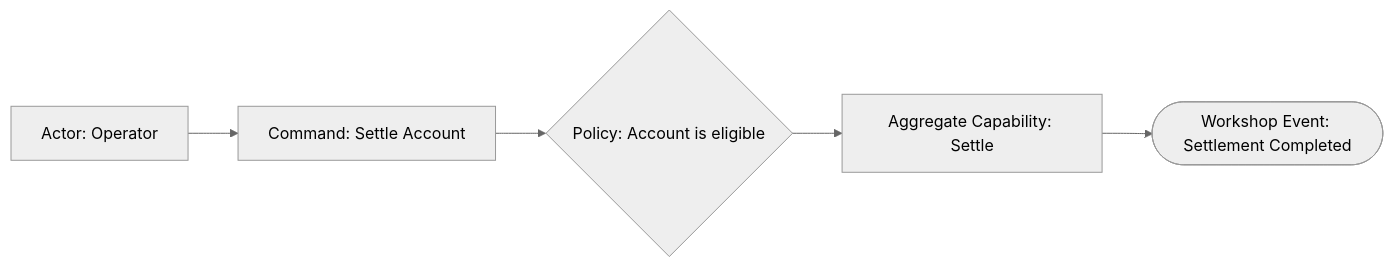
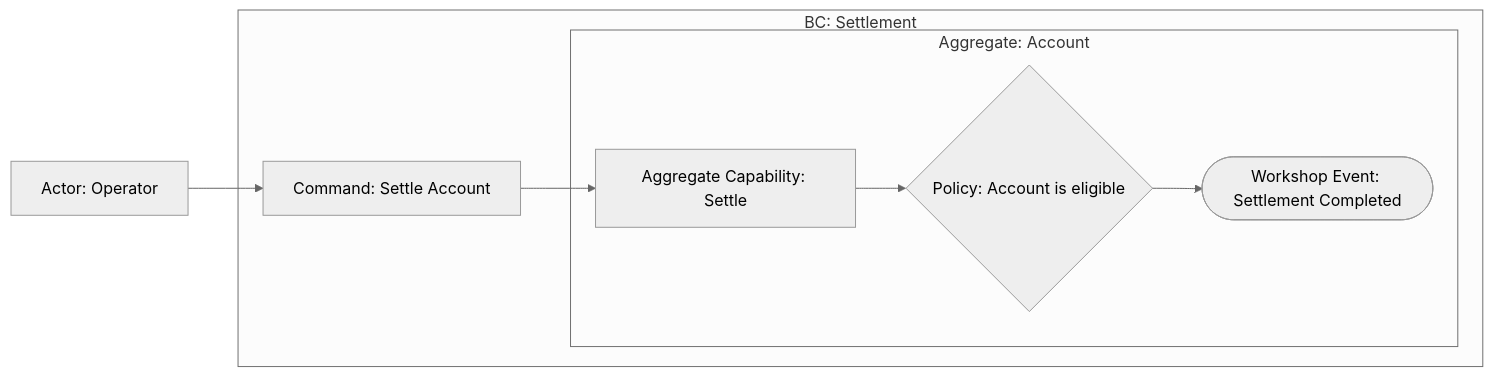
One commit to jacexh/skill-workshop changed the diagram in evals/ddd-expert/cases/guard-tactical-design-claim-drift/workspace/docs/ddd-expert/event-storming/settle-account.md. Above: the diagram before and after it, drawn with Mermaid (neutral theme). The commit also changed other lines of this file and 14 other files, not shown here.

````diff
--- a/evals/ddd-expert/cases/guard-tactical-design-claim-drift/workspace/docs/ddd-expert/event-storming/settle-account.md
+++ b/evals/ddd-expert/cases/guard-tactical-design-claim-drift/workspace/docs/ddd-expert/event-storming/settle-account.md
@@ -13,7 +13,13 @@
 ```mermaid
 flowchart LR
-    actor["Actor: Operator"] --> command["Command: Settle Account"]
-    command --> policy{"Policy: Account is eligible"}
-    policy --> capability["Aggregate Capability: Settle"]
-    capability --> event(["Workshop Event: Settlement Completed"])
+    actor["Actor: Operator"]
+    subgraph settlement["BC: Settlement"]
+        command["Command: Settle Account"]
+        subgraph account["Aggregate: Account"]
+            capability["Aggregate Capability: Settle"]
+            policy{"Policy: Account is eligible"}
+            event(["Workshop Event: Settlement Completed"])
+        end
+    end
+    actor --> command --> capability --> policy --> event
 ```
````
